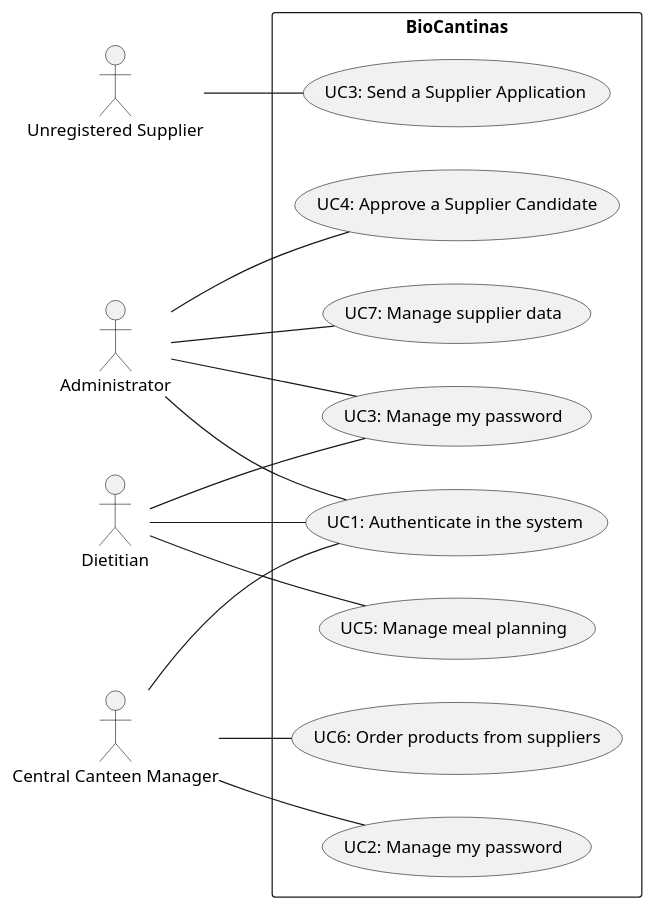
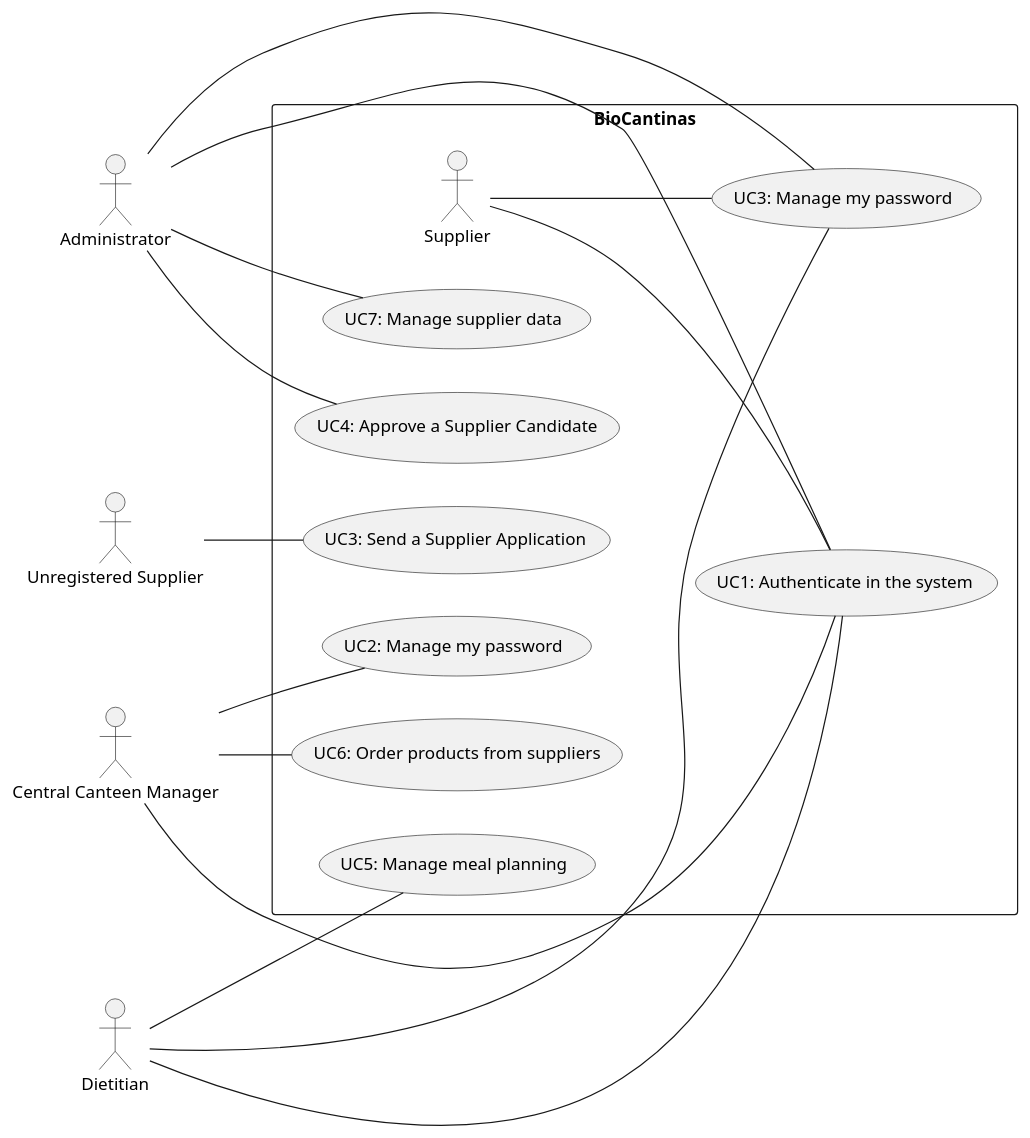
The diagram in Deliverables/phase1/diagrams/Use Cases/uc.puml (mei-desofs/desofs2026-thu_ffs_1), drawn with PlantUML before and after one commit. The commit also changed 2 other files, not shown here.

```diff
--- a/Deliverables/phase1/diagrams/Use Cases/uc.puml
+++ b/Deliverables/phase1/diagrams/Use Cases/uc.puml
@@ -1,31 +1,33 @@
 @startuml
 left to right direction
 
 actor UnregisteredSupplier as "Unregistered Supplier"
 actor Admin as "Administrator"
 actor Dietitian
 actor CentralCanteenManager as "Central Canteen Manager"
 
 
 rectangle BioCantinas {
 
     CentralCanteenManager -- (UC1: Authenticate in the system)
     Dietitian -- (UC1: Authenticate in the system)
     Admin -- (UC1: Authenticate in the system)
+    Supplier -- (UC1: Authenticate in the system)
 
     CentralCanteenManager -- (UC2: Manage my password)
     Dietitian -- (UC3: Manage my password)
     Admin -- (UC3: Manage my password)
+    Supplier -- (UC3: Manage my password)
 
     UnregisteredSupplier -- (UC3: Send a Supplier Application)
 
     Admin -- (UC4: Approve a Supplier Candidate)
 
     Dietitian -- (UC5: Manage meal planning)
 
     CentralCanteenManager -- (UC6: Order products from suppliers)
 
     Admin -- (UC7: Manage supplier data)
 }
 
 @enduml
```
